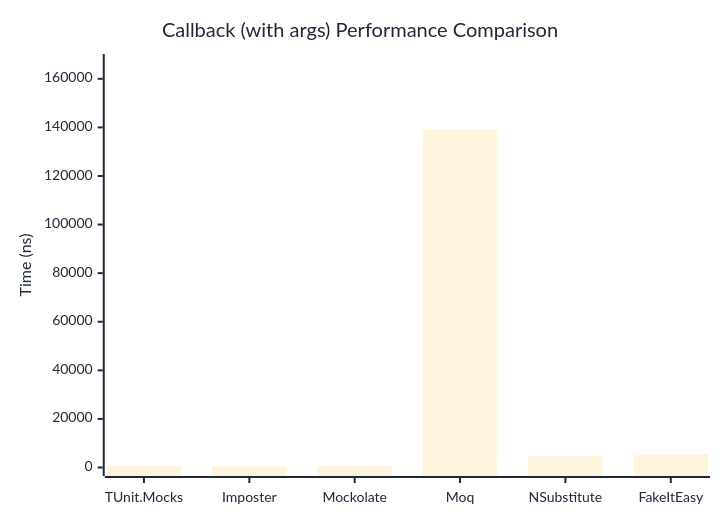
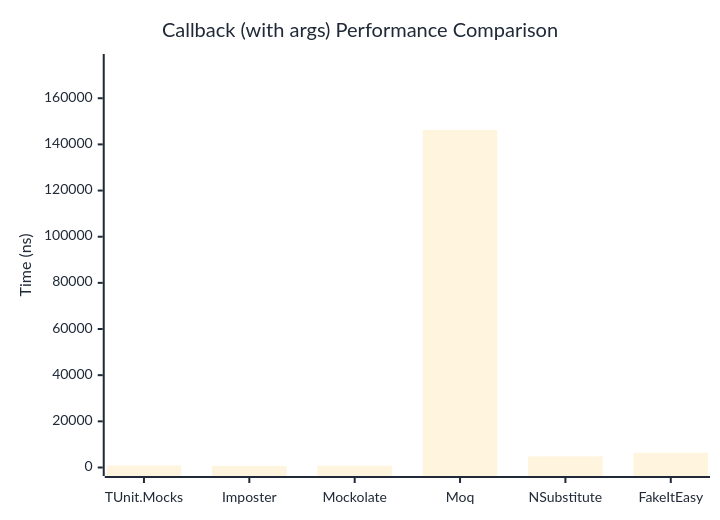
One commit to thomhurst/TUnit changed the second of 2 diagrams in docs/docs/benchmarks/mocks/Callback.md. Above: the diagram before and after it, drawn with Mermaid. The commit also changed other lines of this file and 14 other files, not shown here.

````diff
--- a/docs/docs/benchmarks/mocks/Callback.md
+++ b/docs/docs/benchmarks/mocks/Callback.md
@@ -69,27 +69,27 @@
 ```mermaid
 %%{init: {
   'theme':'base',
   'themeVariables': {
     'primaryColor': '#2563eb',
     'primaryTextColor': '#1f2937',
     'primaryBorderColor': '#1e40af',
     'lineColor': '#6b7280',
     'secondaryColor': '#7c3aed',
     'tertiaryColor': '#dc2626',
     'background': '#ffffff',
     'pie1': '#2563eb',
     'pie2': '#7c3aed',
     'pie3': '#dc2626',
     'pie4': '#f59e0b',
     'pie5': '#10b981',
     'pie6': '#06b6d4',
     'pie7': '#ec4899',
     'pie8': '#6366f1'
   }
 }}%%
 xychart-beta
   title "Callback (with args) Performance Comparison"
   x-axis ["TUnit.Mocks", "Imposter", "Mockolate", "Moq", "NSubstitute", "FakeItEasy"]
-  y-axis "Time (ns)" 0 --> 166713
-  bar [707.1, 535.3, 668.7, 138927.4, 4535.2, 5459.7]
+  y-axis "Time (ns)" 0 --> 175484
+  bar [862.4, 626.9, 749.6, 146236.5, 4833.3, 6400.9]
 ```
````
